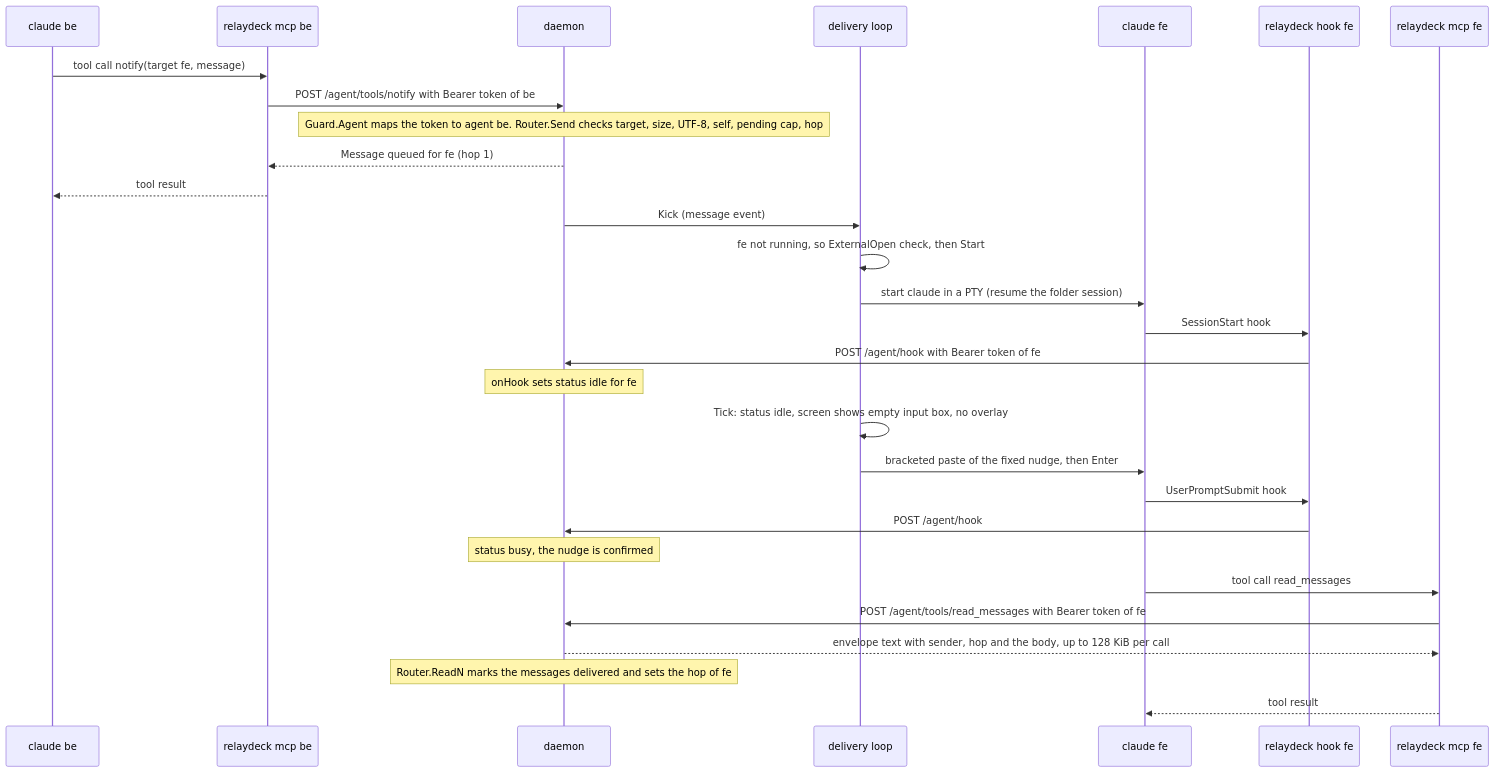
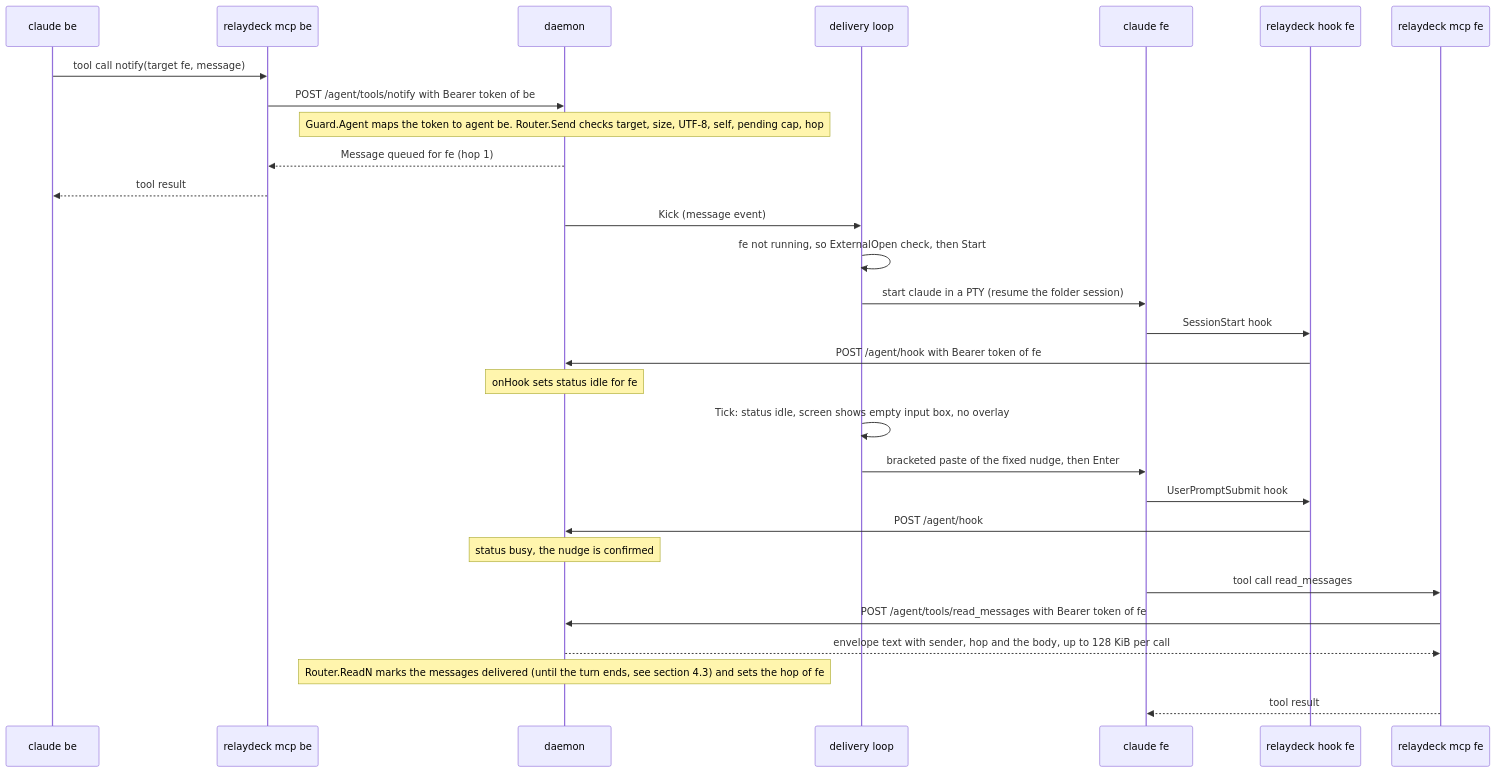
Before and after one commit to KarvinNanda/relaydeck: the fourth of 7 diagrams in docs/architecture.md, drawn with Mermaid. The commit also changed other lines of this file, not shown here.

Commit message:
docs: architecture notes for read confirmation, pruning, env scrub, terminal seats (#41, #43)

````diff
--- a/docs/architecture.md
+++ b/docs/architecture.md
@@ -229,32 +229,32 @@
 ```mermaid
 sequenceDiagram
   participant A as claude be
   participant MA as relaydeck mcp be
   participant D as daemon
   participant DL as delivery loop
   participant B as claude fe
   participant HB as relaydeck hook fe
   participant MB as relaydeck mcp fe
 
   A->>MA: tool call notify(target fe, message)
   MA->>D: POST /agent/tools/notify with Bearer token of be
   Note over D: Guard.Agent maps the token to agent be. Router.Send checks target, size, UTF-8, self, pending cap, hop
   D-->>MA: Message queued for fe (hop 1)
   MA-->>A: tool result
   D->>DL: Kick (message event)
   DL->>DL: fe not running, so ExternalOpen check, then Start
   DL->>B: start claude in a PTY (resume the folder session)
   B->>HB: SessionStart hook
   HB->>D: POST /agent/hook with Bearer token of fe
   Note over D: onHook sets status idle for fe
   DL->>DL: Tick: status idle, screen shows empty input box, no overlay
   DL->>B: bracketed paste of the fixed nudge, then Enter
   B->>HB: UserPromptSubmit hook
   HB->>D: POST /agent/hook
   Note over D: status busy, the nudge is confirmed
   B->>MB: tool call read_messages
   MB->>D: POST /agent/tools/read_messages with Bearer token of fe
   D-->>MB: envelope text with sender, hop and the body, up to 128 KiB per call
-  Note over D: Router.ReadN marks the messages delivered and sets the hop of fe
+  Note over D: Router.ReadN marks the messages delivered (until the turn ends, see section 4.3) and sets the hop of fe
   MB-->>B: tool result
 ```
````
